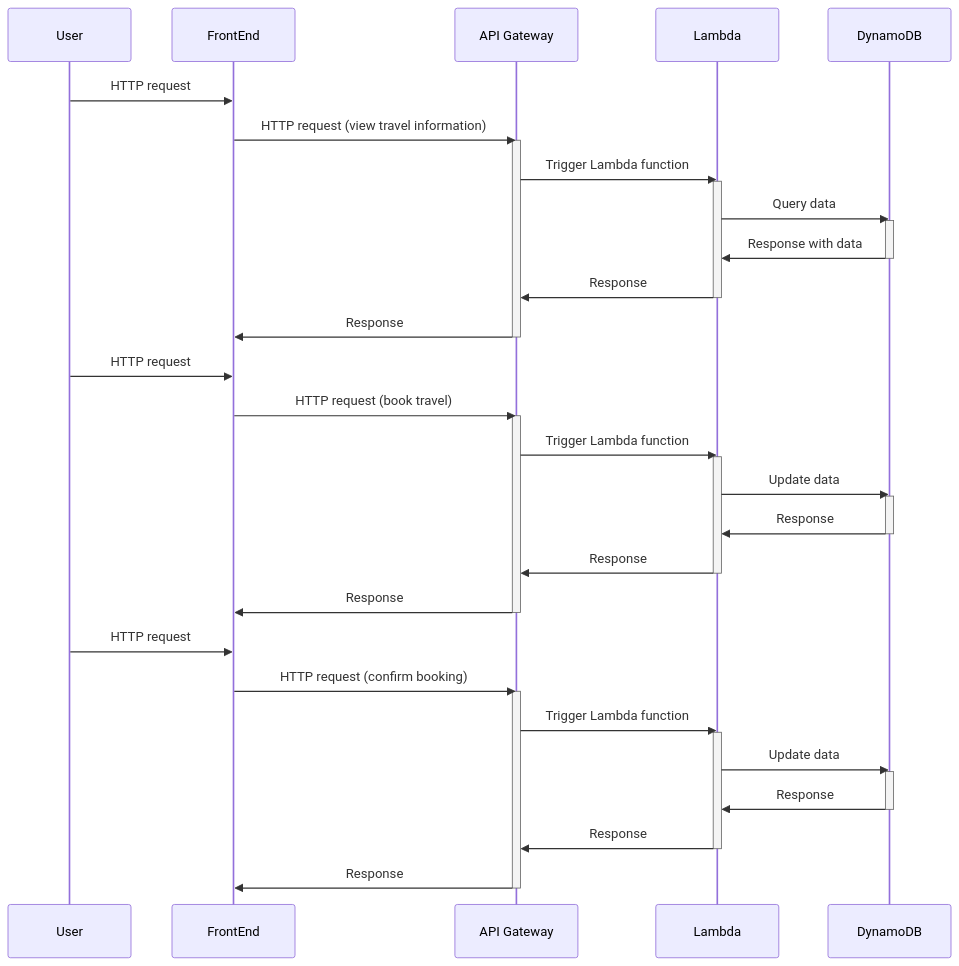
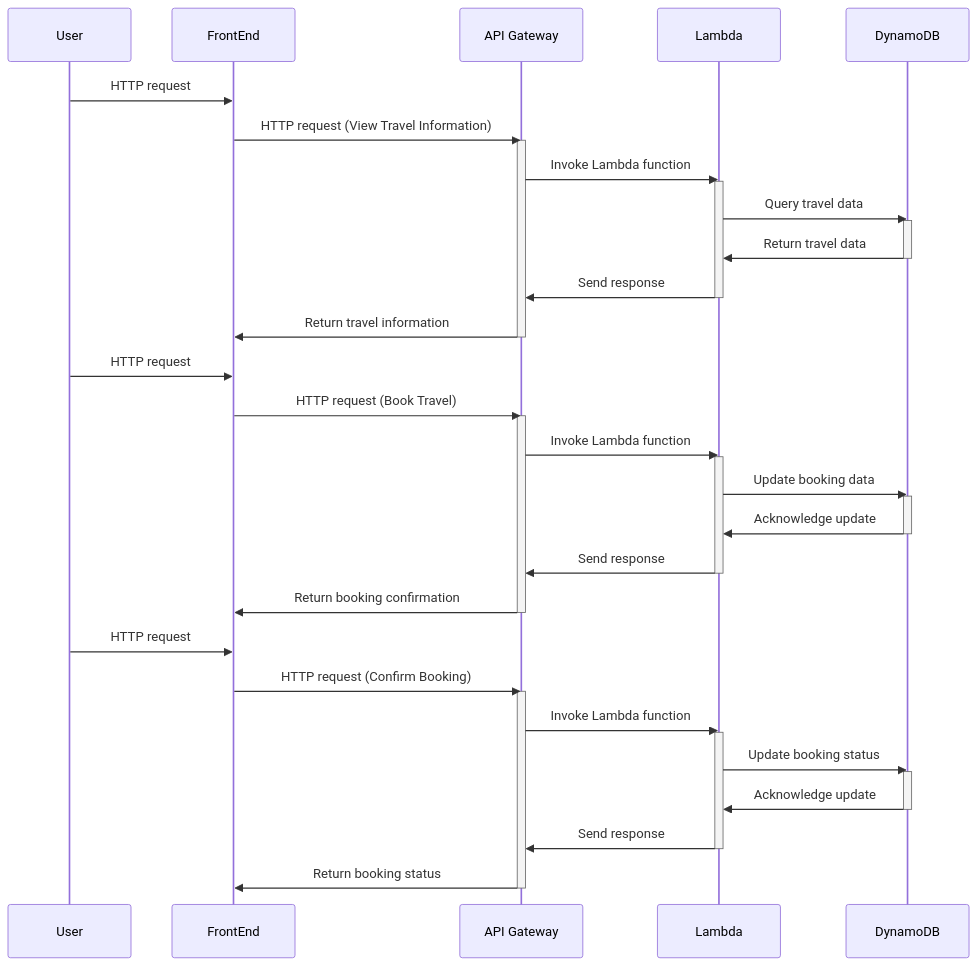
Before and after one commit to seven8301/iodraw-files: the diagram in all/未命名.md, drawn with Mermaid.

Commit message:
2024-10-12 13:22:36 update

````diff
--- a/all/未命名.md
+++ b/all/未命名.md
@@ -1,50 +1,51 @@
 ```mermaid
 sequenceDiagram
     participant User
-    participant FrontEnd 
+    participant FrontEnd
     participant API Gateway
     participant Lambda
     participant DynamoDB
 
-    User->>FrontEnd : HTTP request
-    FrontEnd ->>API Gateway: HTTP request (view travel information)
+    User->>FrontEnd: HTTP request
+    FrontEnd->>API Gateway: HTTP request (View Travel Information)
     activate API Gateway
-    API Gateway->>Lambda: Trigger Lambda function
+    API Gateway->>Lambda: Invoke Lambda function
     activate Lambda
-    Lambda->>DynamoDB: Query data
+    Lambda->>DynamoDB: Query travel data
     activate DynamoDB
-    DynamoDB->>Lambda: Response with data
+    DynamoDB->>Lambda: Return travel data
     deactivate DynamoDB
-    Lambda->>API Gateway: Response
+    Lambda->>API Gateway: Send response
     deactivate Lambda
-    API Gateway->>FrontEnd : Response
+    API Gateway->>FrontEnd: Return travel information
     deactivate API Gateway
 
-    User->>FrontEnd : HTTP request
-    FrontEnd ->>API Gateway: HTTP request (book travel)
+    User->>FrontEnd: HTTP request
+    FrontEnd->>API Gateway: HTTP request (Book Travel)
     activate API Gateway
-    API Gateway->>Lambda: Trigger Lambda function
+    API Gateway->>Lambda: Invoke Lambda function
     activate Lambda
-    Lambda->>DynamoDB: Update data
+    Lambda->>DynamoDB: Update booking data
     activate DynamoDB
-    DynamoDB->>Lambda: Response
+    DynamoDB->>Lambda: Acknowledge update
     deactivate DynamoDB
-    Lambda->>API Gateway: Response
+    Lambda->>API Gateway: Send response
     deactivate Lambda
-    API Gateway->>FrontEnd : Response
+    API Gateway->>FrontEnd: Return booking confirmation
     deactivate API Gateway
 
-    User->>FrontEnd : HTTP request
-    FrontEnd ->>API Gateway: HTTP request (confirm booking)
+    User->>FrontEnd: HTTP request
+    FrontEnd->>API Gateway: HTTP request (Confirm Booking)
     activate API Gateway
-    API Gateway->>Lambda: Trigger Lambda function
+    API Gateway->>Lambda: Invoke Lambda function
     activate Lambda
-    Lambda->>DynamoDB: Update data
+    Lambda->>DynamoDB: Update booking status
     activate DynamoDB
-    DynamoDB->>Lambda: Response
+    DynamoDB->>Lambda: Acknowledge update
     deactivate DynamoDB
-    Lambda->>API Gateway: Response
+    Lambda->>API Gateway: Send response
     deactivate Lambda
-    API Gateway->>FrontEnd : Response
+    API Gateway->>FrontEnd: Return booking status
     deactivate API Gateway
+
 ```
````
